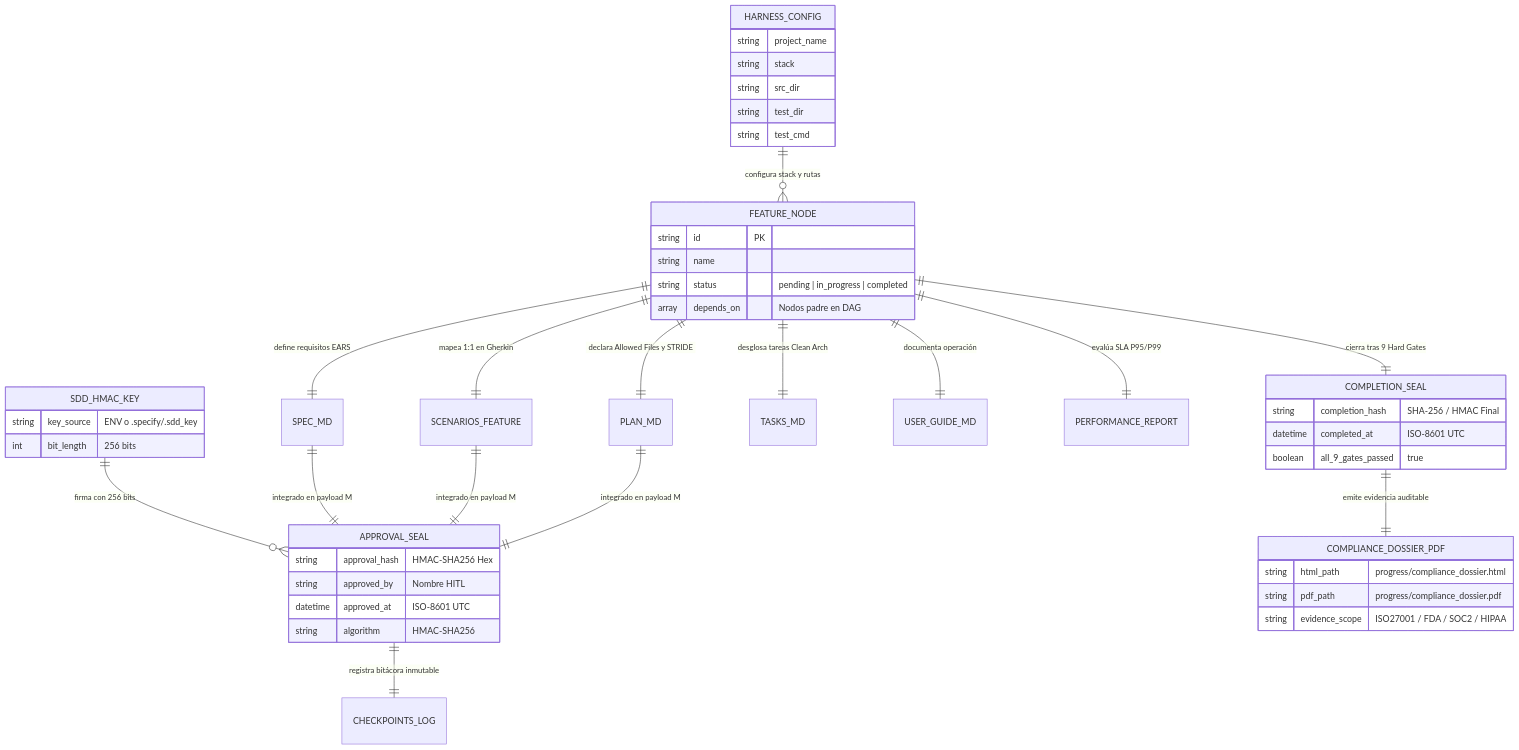
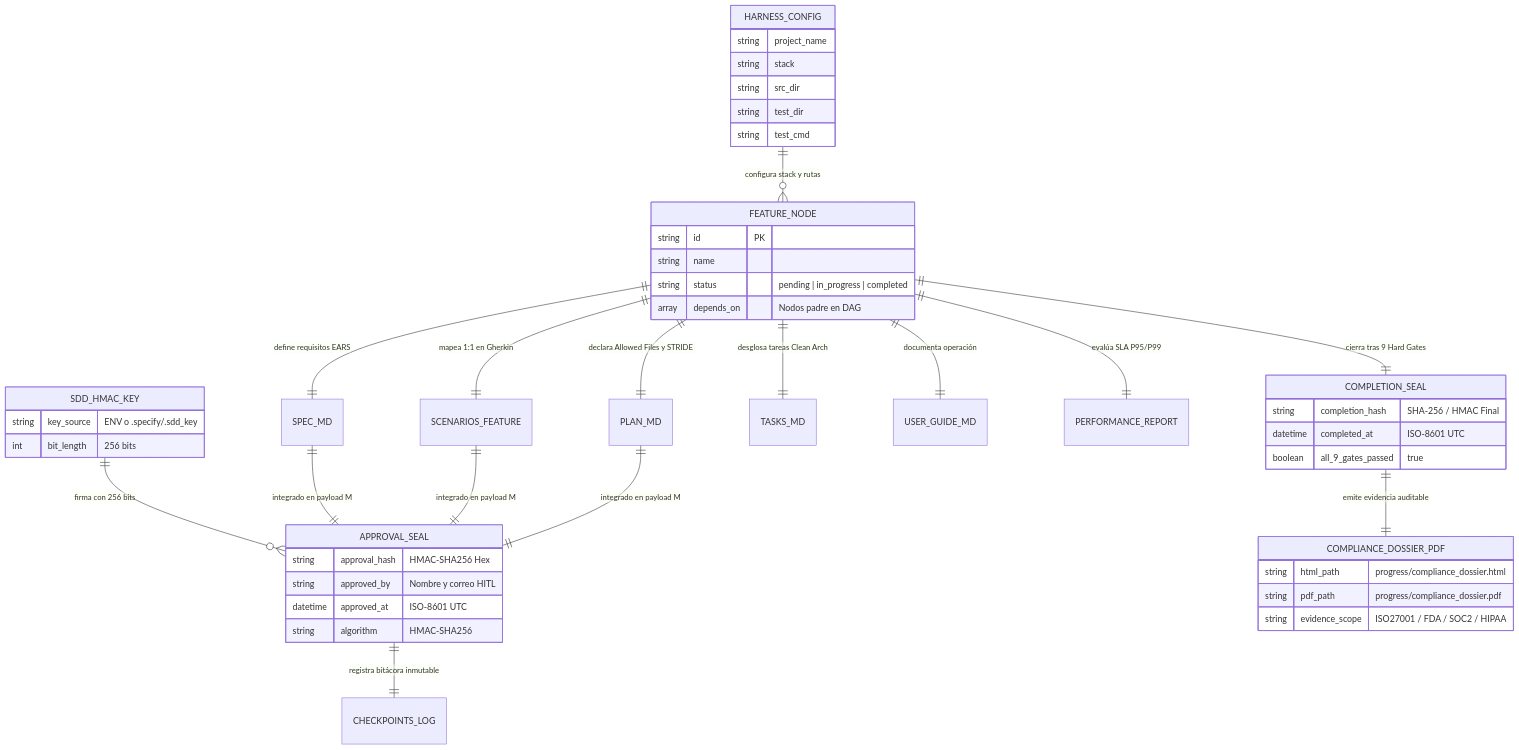
One commit to svelascotellez/imss-diagram-studio changed the fifth of 12 diagrams in DOCUMENTO_MAESTRO_PROYECTO_SDD_V66.md. Above: the diagram before and after it, drawn with Mermaid. The commit also changed other lines of this file and 2 other files, not shown here.

Commit message:
fix(docs): resolve Mermaid 10.9.0 HTML tag parsing errors (<id>, <email>) across all 12 diagrams in MD, HTML, and PDF

````diff
--- a/DOCUMENTO_MAESTRO_PROYECTO_SDD_V66.md
+++ b/DOCUMENTO_MAESTRO_PROYECTO_SDD_V66.md
@@ -486,51 +486,51 @@
 ```mermaid
 erDiagram
     HARNESS_CONFIG ||--o{ FEATURE_NODE : "configura stack y rutas"
     SDD_HMAC_KEY ||--o{ APPROVAL_SEAL : "firma con 256 bits"
     FEATURE_NODE ||--|| SPEC_MD : "define requisitos EARS"
     FEATURE_NODE ||--|| SCENARIOS_FEATURE : "mapea 1:1 en Gherkin"
     FEATURE_NODE ||--|| PLAN_MD : "declara Allowed Files y STRIDE"
     FEATURE_NODE ||--|| TASKS_MD : "desglosa tareas Clean Arch"
     SPEC_MD ||--|| APPROVAL_SEAL : "integrado en payload M"
     SCENARIOS_FEATURE ||--|| APPROVAL_SEAL : "integrado en payload M"
     PLAN_MD ||--|| APPROVAL_SEAL : "integrado en payload M"
     APPROVAL_SEAL ||--|| CHECKPOINTS_LOG : "registra bitácora inmutable"
     FEATURE_NODE ||--|| USER_GUIDE_MD : "documenta operación"
     FEATURE_NODE ||--|| PERFORMANCE_REPORT : "evalúa SLA P95/P99"
     FEATURE_NODE ||--|| COMPLETION_SEAL : "cierra tras 9 Hard Gates"
     COMPLETION_SEAL ||--|| COMPLIANCE_DOSSIER_PDF : "emite evidencia auditable"
 
     HARNESS_CONFIG {
         string project_name
         string stack
         string src_dir
         string test_dir
         string test_cmd
     }
     SDD_HMAC_KEY {
         string key_source "ENV o .specify/.sdd_key"
         int bit_length "256 bits"
     }
     FEATURE_NODE {
         string id PK
         string name
         string status "pending | in_progress | completed"
         array depends_on "Nodos padre en DAG"
     }
     APPROVAL_SEAL {
         string approval_hash "HMAC-SHA256 Hex"
-        string approved_by "Nombre <email> HITL"
+        string approved_by "Nombre y correo HITL"
         datetime approved_at "ISO-8601 UTC"
         string algorithm "HMAC-SHA256"
     }
     COMPLETION_SEAL {
         string completion_hash "SHA-256 / HMAC Final"
         datetime completed_at "ISO-8601 UTC"
         boolean all_9_gates_passed "true"
     }
     COMPLIANCE_DOSSIER_PDF {
         string html_path "progress/compliance_dossier.html"
         string pdf_path "progress/compliance_dossier.pdf"
         string evidence_scope "ISO27001 / FDA / SOC2 / HIPAA"
     }
 ```
````
